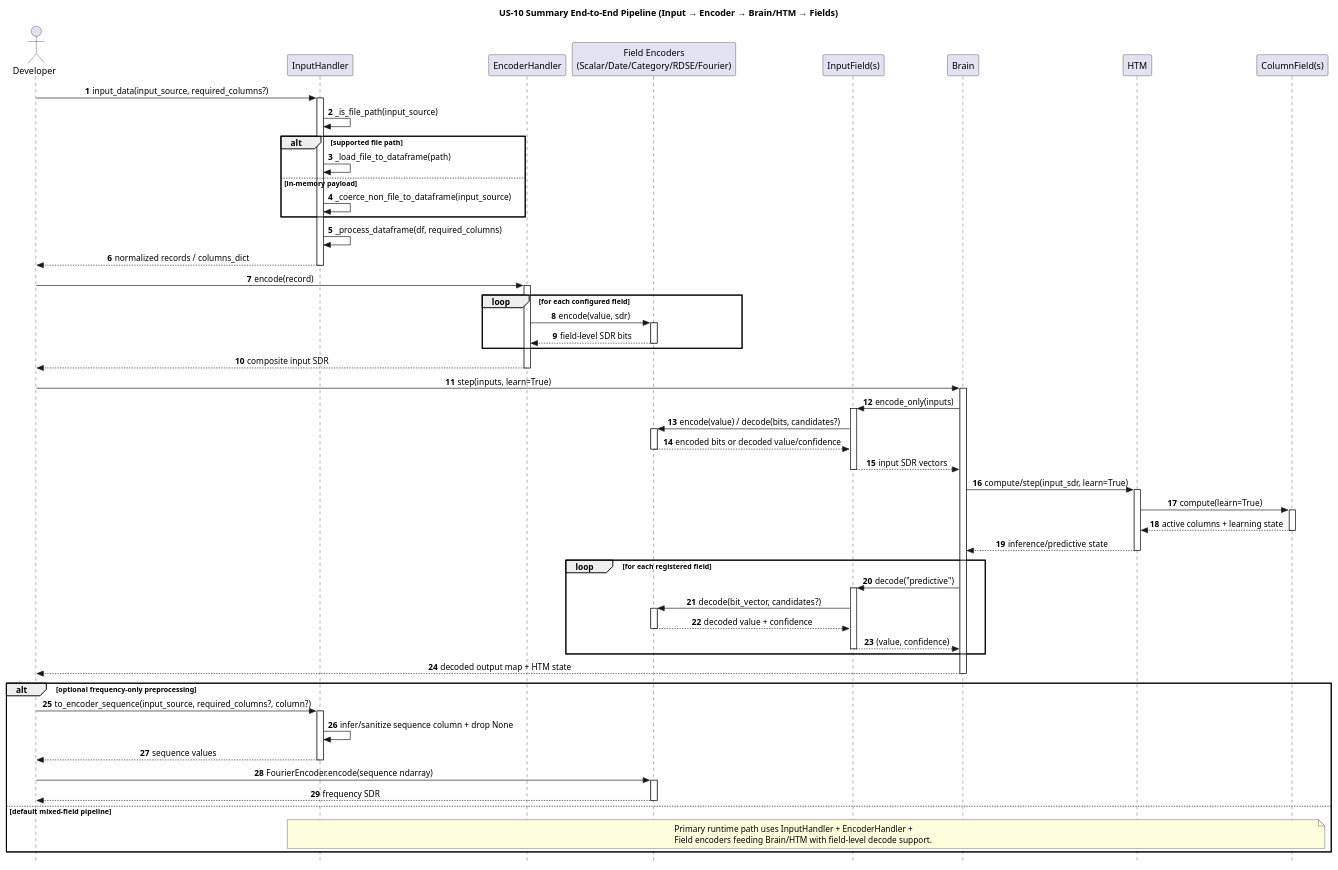
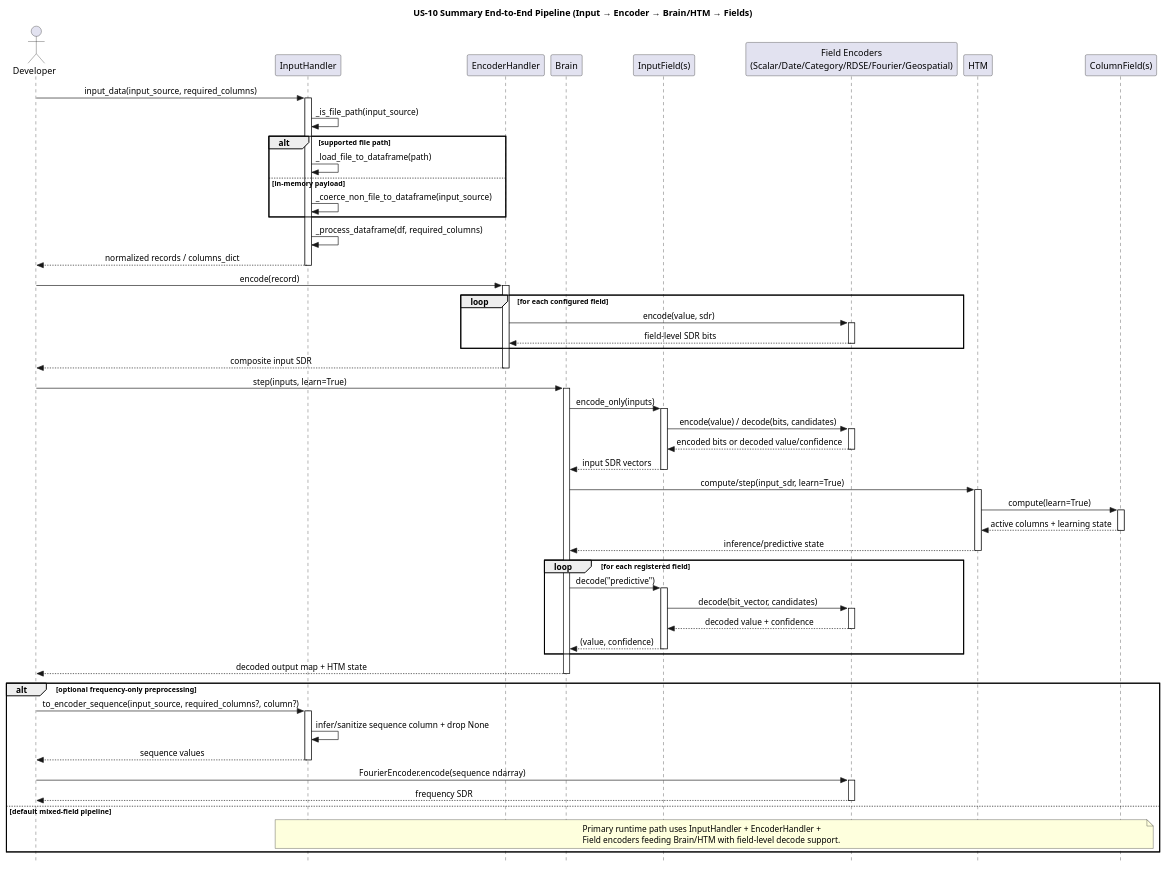
The diagram in docs/puml/US/us-10.puml (egrembocki/htmrl), drawn with PlantUML before and after one commit.

```diff
--- a/docs/puml/US/us-10.puml
+++ b/docs/puml/US/us-10.puml
@@ -1,92 +1,91 @@
 @startuml
 skinparam style strictuml
 skinparam sequenceMessageAlign center
 skinparam responseMessageBelowArrow true
-autonumber
 
 title US-10 Summary End-to-End Pipeline (Input → Encoder → Brain/HTM → Fields)
 
 actor Developer
 participant "InputHandler" as IH
 participant "EncoderHandler" as EH
-participant "Field Encoders\n(Scalar/Date/Category/RDSE/Fourier)" as FE
+participant "Brain" as BR
 participant "InputField(s)" as IF
-participant "Brain" as BR
+participant "Field Encoders\n(Scalar/Date/Category/RDSE/Fourier/Geospatial)" as FE
 participant "HTM" as HTM
 participant "ColumnField(s)" as CF
 
-Developer -> IH: input_data(input_source, required_columns?)
+Developer -> IH: input_data(input_source, required_columns)
 activate IH
 IH -> IH: _is_file_path(input_source)
 alt supported file path
   IH -> IH: _load_file_to_dataframe(path)
 else in-memory payload
   IH -> IH: _coerce_non_file_to_dataframe(input_source)
 end
 IH -> IH: _process_dataframe(df, required_columns)
 IH --> Developer: normalized records / columns_dict
 deactivate IH
 
 Developer -> EH: encode(record)
 activate EH
 loop for each configured field
   EH -> FE: encode(value, sdr)
   activate FE
   FE --> EH: field-level SDR bits
   deactivate FE
 end
 EH --> Developer: composite input SDR
 deactivate EH
 
 Developer -> BR: step(inputs, learn=True)
 activate BR
 BR -> IF: encode_only(inputs)
 activate IF
-IF -> FE: encode(value) / decode(bits, candidates?)
+IF -> FE: encode(value) / decode(bits, candidates)
 activate FE
 FE --> IF: encoded bits or decoded value/confidence
 deactivate FE
 IF --> BR: input SDR vectors
 deactivate IF
 
 BR -> HTM: compute/step(input_sdr, learn=True)
 activate HTM
 HTM -> CF: compute(learn=True)
 activate CF
 CF --> HTM: active columns + learning state
 deactivate CF
 HTM --> BR: inference/predictive state
 deactivate HTM
 
 loop for each registered field
   BR -> IF: decode("predictive")
   activate IF
-  IF -> FE: decode(bit_vector, candidates?)
+  IF -> FE: decode(bit_vector, candidates)
   activate FE
   FE --> IF: decoded value + confidence
   deactivate FE
   IF --> BR: (value, confidence)
   deactivate IF
 end
 
 BR --> Developer: decoded output map + HTM state
 deactivate BR
 
 alt optional frequency-only preprocessing
   Developer -> IH: to_encoder_sequence(input_source, required_columns?, column?)
   activate IH
   IH -> IH: infer/sanitize sequence column + drop None
   IH --> Developer: sequence values
   deactivate IH
 
   Developer -> FE: FourierEncoder.encode(sequence ndarray)
   activate FE
   FE --> Developer: frequency SDR
   deactivate FE
 else default mixed-field pipeline
   note over IH,CF
     Primary runtime path uses InputHandler + EncoderHandler +
     Field encoders feeding Brain/HTM with field-level decode support.
   end note
 end
 @enduml
```
